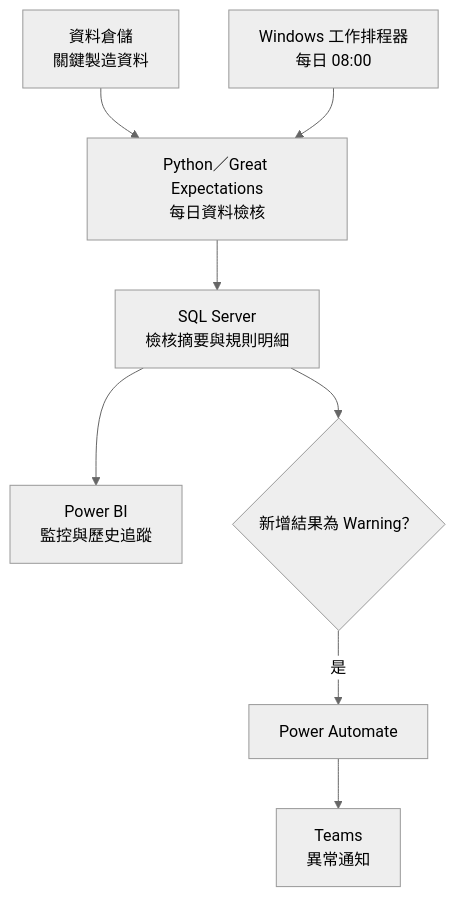
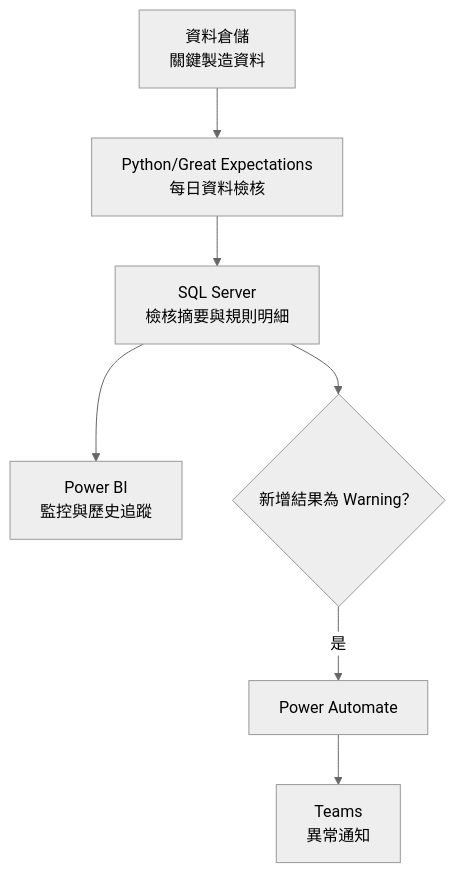
The diagram in README_ZH-TW.md (ChienChienChien/Manufacturing_Data_Quality_Monitoring), drawn with Mermaid (neutral theme) before and after one commit. The commit also changed other lines of this file, not shown here.

````diff
--- a/README_ZH-TW.md
+++ b/README_ZH-TW.md
@@ -63,10 +55,9 @@
 ```mermaid
 flowchart TB
-    A["資料倉儲<br/>關鍵製造資料"] --> C["Python／Great Expectations<br/>每日資料檢核"]
-    B["Windows 工作排程器<br/>每日 08:00"] --> C
+    A["資料倉儲<br/>關鍵製造資料"] --> C["Python/Great Expectations<br/>每日資料檢核"]
     C --> D["SQL Server<br/>檢核摘要與規則明細"]
     D --> E["Power BI<br/>監控與歷史追蹤"]
     D --> F{"新增結果為 Warning？"}
     F -->|是| G["Power Automate"]
     G --> H["Teams<br/>異常通知"]
 ```
````
